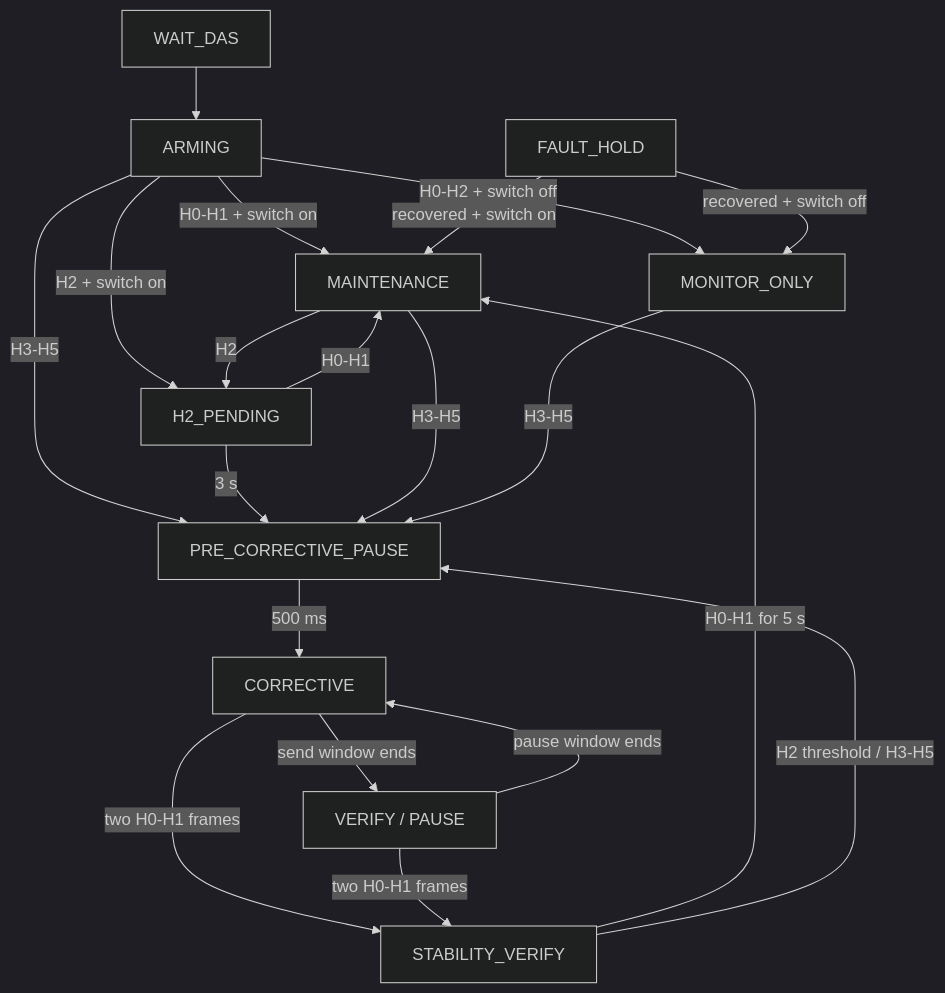
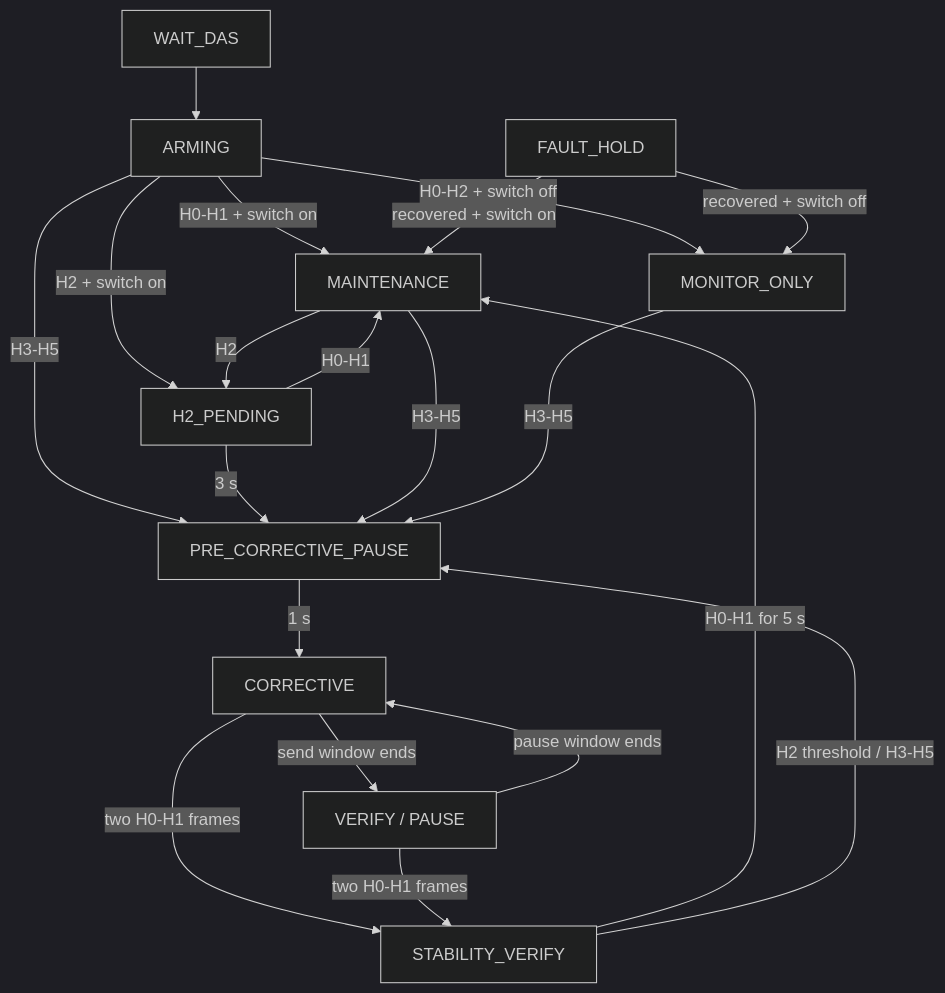
Before and after one commit to 204442021/WiFi-NAG: the diagram in docs/nag-adaptive-closed-loop.md, drawn with Mermaid (dark theme). The commit also changed other lines of this file and 25 other files, not shown here.

````diff
--- a/docs/nag-adaptive-closed-loop.md
+++ b/docs/nag-adaptive-closed-loop.md
@@ -34,22 +34,22 @@
 ```mermaid
 flowchart TB
     W[WAIT_DAS] --> A[ARMING]
     A -->|H0-H1 + switch on| M[MAINTENANCE]
     A -->|H2 + switch on| H[H2_PENDING]
     A -->|H0-H2 + switch off| O[MONITOR_ONLY]
     A -->|H3-H5| Q[PRE_CORRECTIVE_PAUSE]
     M -->|H2| H
     H -->|H0-H1| M
     H -->|3 s| Q
     M -->|H3-H5| Q
     O -->|H3-H5| Q
-    Q -->|500 ms| C[CORRECTIVE]
+    Q -->|1 s| C[CORRECTIVE]
     C -->|send window ends| P[VERIFY / PAUSE]
     P -->|pause window ends| C
     C -->|two H0-H1 frames| S[STABILITY_VERIFY]
     P -->|two H0-H1 frames| S
     S -->|H0-H1 for 5 s| M
     S -->|H2 threshold / H3-H5| Q
     F[FAULT_HOLD] -->|recovered + switch on| M
     F -->|recovered + switch off| O
 ```
````
